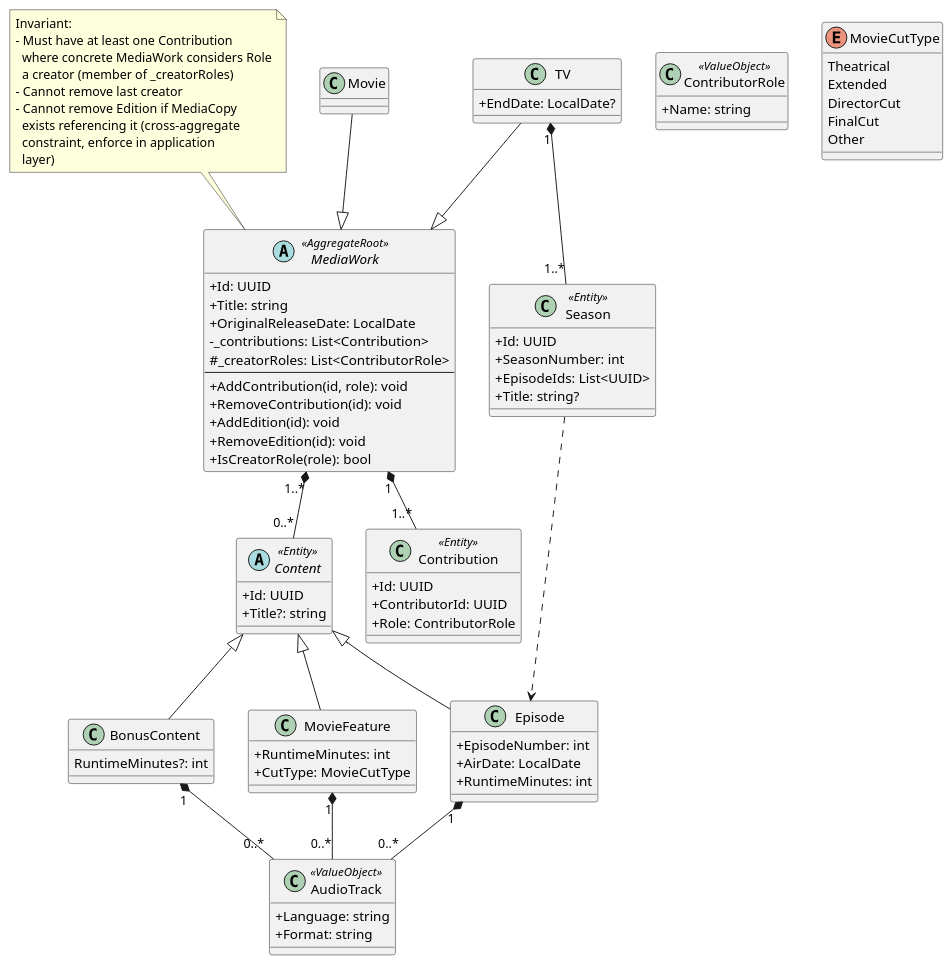
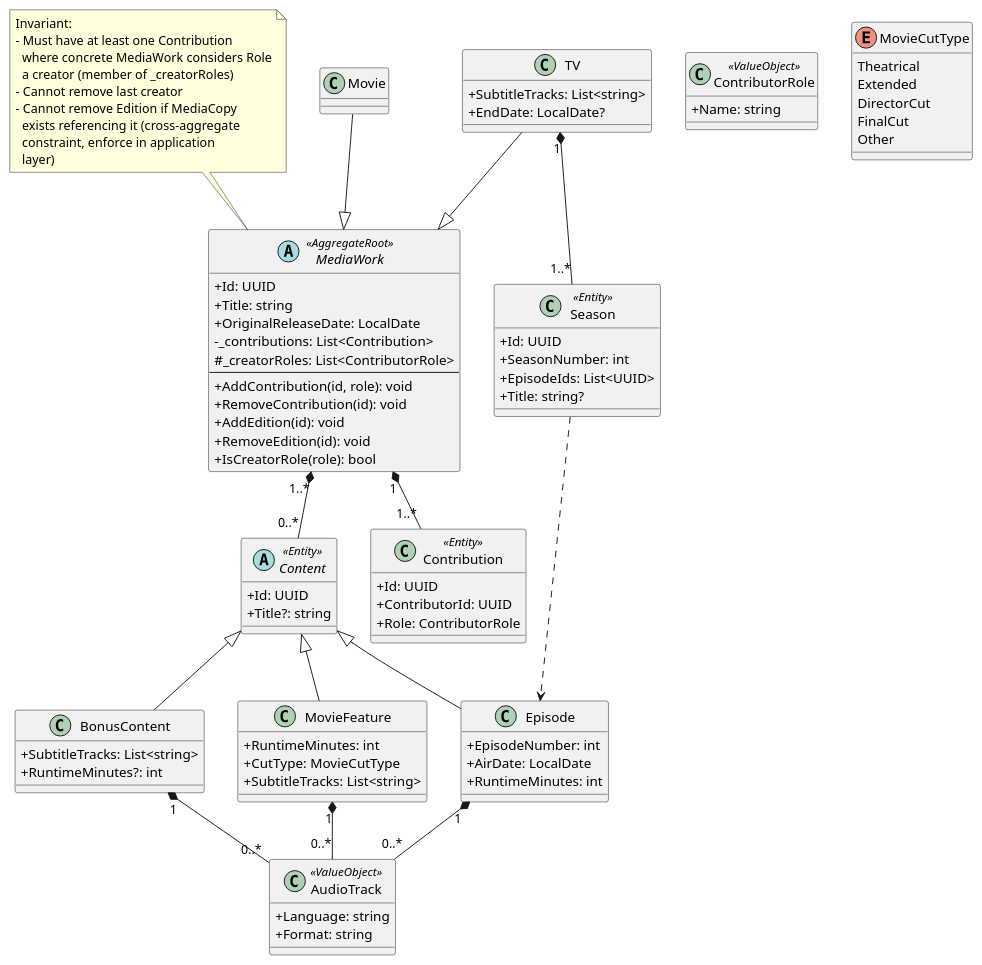
The diagram in docs/uml/domain/domain-media-work.puml (yantue/colleq), drawn with PlantUML before and after one commit. The commit also changed 1 other file, not shown here.

```diff
--- a/docs/uml/domain/domain-media-work.puml
+++ b/docs/uml/domain/domain-media-work.puml
@@ -1,111 +1,114 @@
 @startuml
 skinparam classAttributeIconSize 0
 
 ' ===== CORE =====
 abstract class MediaWork <<AggregateRoot>> {
     +Id: UUID
     +Title: string
     +OriginalReleaseDate: LocalDate
     -_contributions: List<Contribution>
     #_creatorRoles: List<ContributorRole>
     --
     +AddContribution(id, role): void
     +RemoveContribution(id): void
     +AddEdition(id): void
     +RemoveEdition(id): void
     +IsCreatorRole(role): bool
 }
 
 note top of MediaWork
 Invariant:
 - Must have at least one Contribution
   where concrete MediaWork considers Role
   a creator (member of _creatorRoles)
 - Cannot remove last creator
 - Cannot remove Edition if MediaCopy
   exists referencing it (cross-aggregate
   constraint, enforce in application
   layer)
 end note
 
 abstract class Content <<Entity>> {
     +Id: UUID
     +Title?: string
 }
 
 MediaWork "1..*" *-- "0..*" Content
 
 class BonusContent {
-    RuntimeMinutes?: int
+    +SubtitleTracks: List<string>
+    +RuntimeMinutes?: int
 }
 
 Content <|-- BonusContent
 
 class Contribution <<Entity>> {
     +Id: UUID
     +ContributorId: UUID
     +Role: ContributorRole
 }
 
 class ContributorRole <<ValueObject>> {
     +Name: string
 }
 
 MediaWork "1" *-- "1..*" Contribution
 
 ' ===== MOVIE =====
 class Movie {}
 
 Movie --|> MediaWork
 
 class MovieFeature {
     +RuntimeMinutes: int
     +CutType: MovieCutType
+    +SubtitleTracks: List<string>
 }
 
 enum MovieCutType {
     Theatrical
     Extended
     DirectorCut
     FinalCut
     Other
 }
 
 Content <|-- MovieFeature
 
 ' ===== TV =====
 class TV {
+    +SubtitleTracks: List<string>
     +EndDate: LocalDate?
 }
 
 TV --|> MediaWork
 
 class Season <<Entity>> {
     +Id: UUID
     +SeasonNumber: int
     +EpisodeIds: List<UUID>
     +Title: string?
 }
 
 class Episode {
     +EpisodeNumber: int
     +AirDate: LocalDate
     +RuntimeMinutes: int
 }
 
 Content <|-- Episode
 Season ..> Episode
 
 TV "1" *-- "1..*" Season
 
 ' ===== SHARED =====
 class AudioTrack <<ValueObject>> {
     +Language: string
     +Format: string
 }
 
 MovieFeature "1" *-- "0..*" AudioTrack
 Episode "1" *-- "0..*" AudioTrack
 BonusContent "1" *-- "0..*" AudioTrack
 
 @enduml
```
